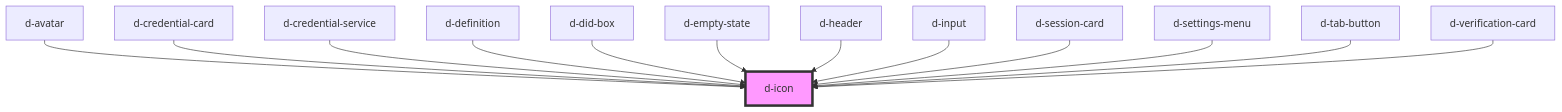
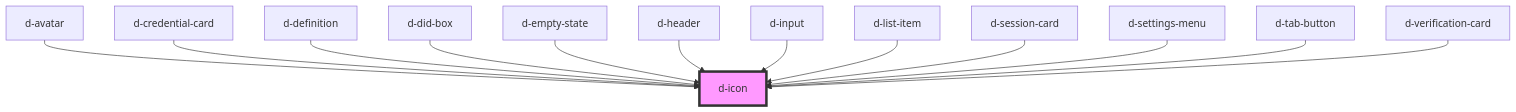
Before and after one commit to ForkbombEu/didroom-components: the diagram in src/components/icon/readme.md, drawn with Mermaid. The commit also changed other lines of this file and 22 other files, not shown here.

````diff
--- a/src/components/icon/readme.md
+++ b/src/components/icon/readme.md
@@ -35,16 +35,16 @@
 ```mermaid
 graph TD;
   d-avatar --> d-icon
   d-credential-card --> d-icon
-  d-credential-service --> d-icon
   d-definition --> d-icon
   d-did-box --> d-icon
   d-empty-state --> d-icon
   d-header --> d-icon
   d-input --> d-icon
+  d-list-item --> d-icon
   d-session-card --> d-icon
   d-settings-menu --> d-icon
   d-tab-button --> d-icon
   d-verification-card --> d-icon
   style d-icon fill:#f9f,stroke:#333,stroke-width:4px
 ```
````
